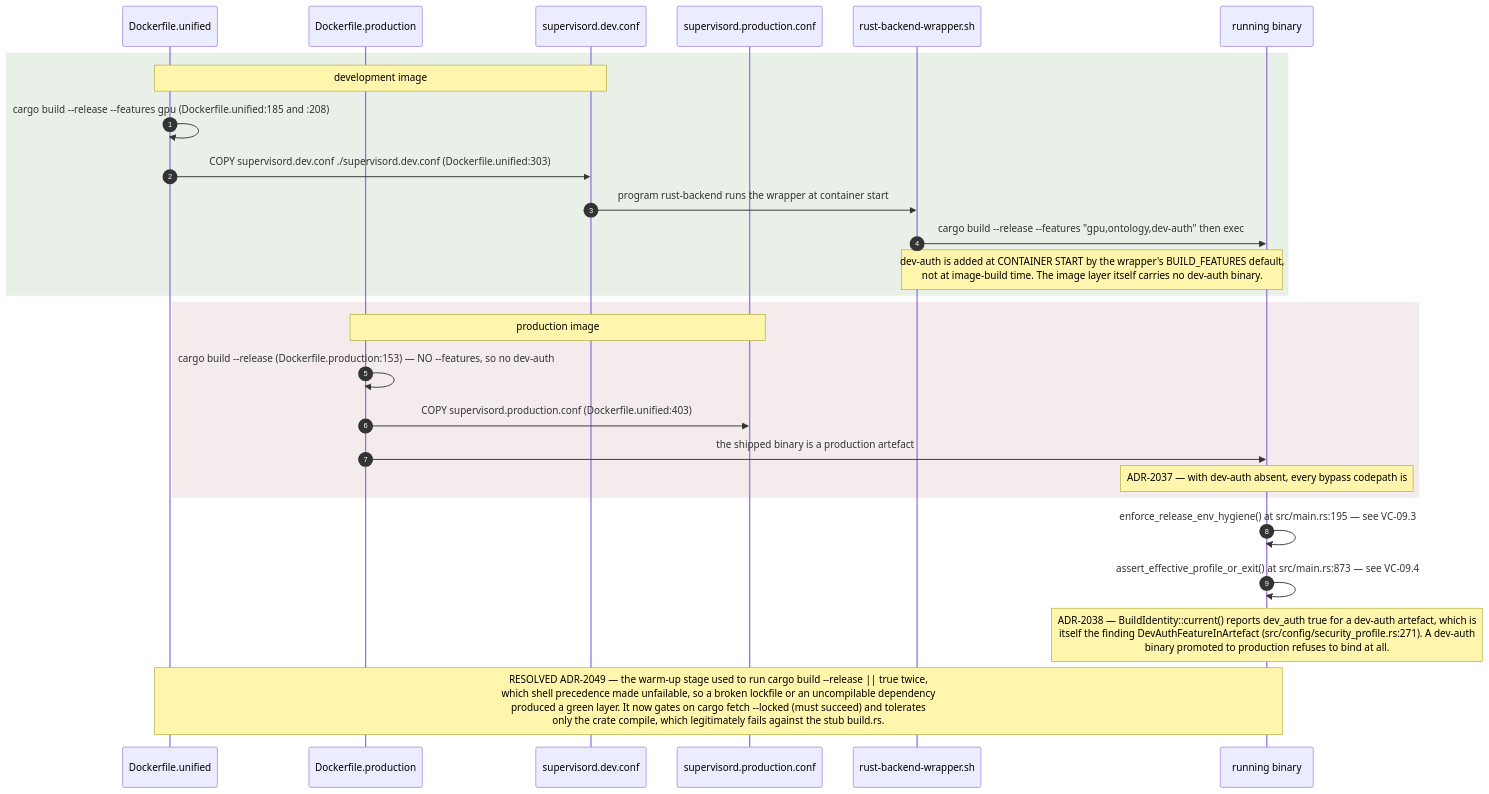
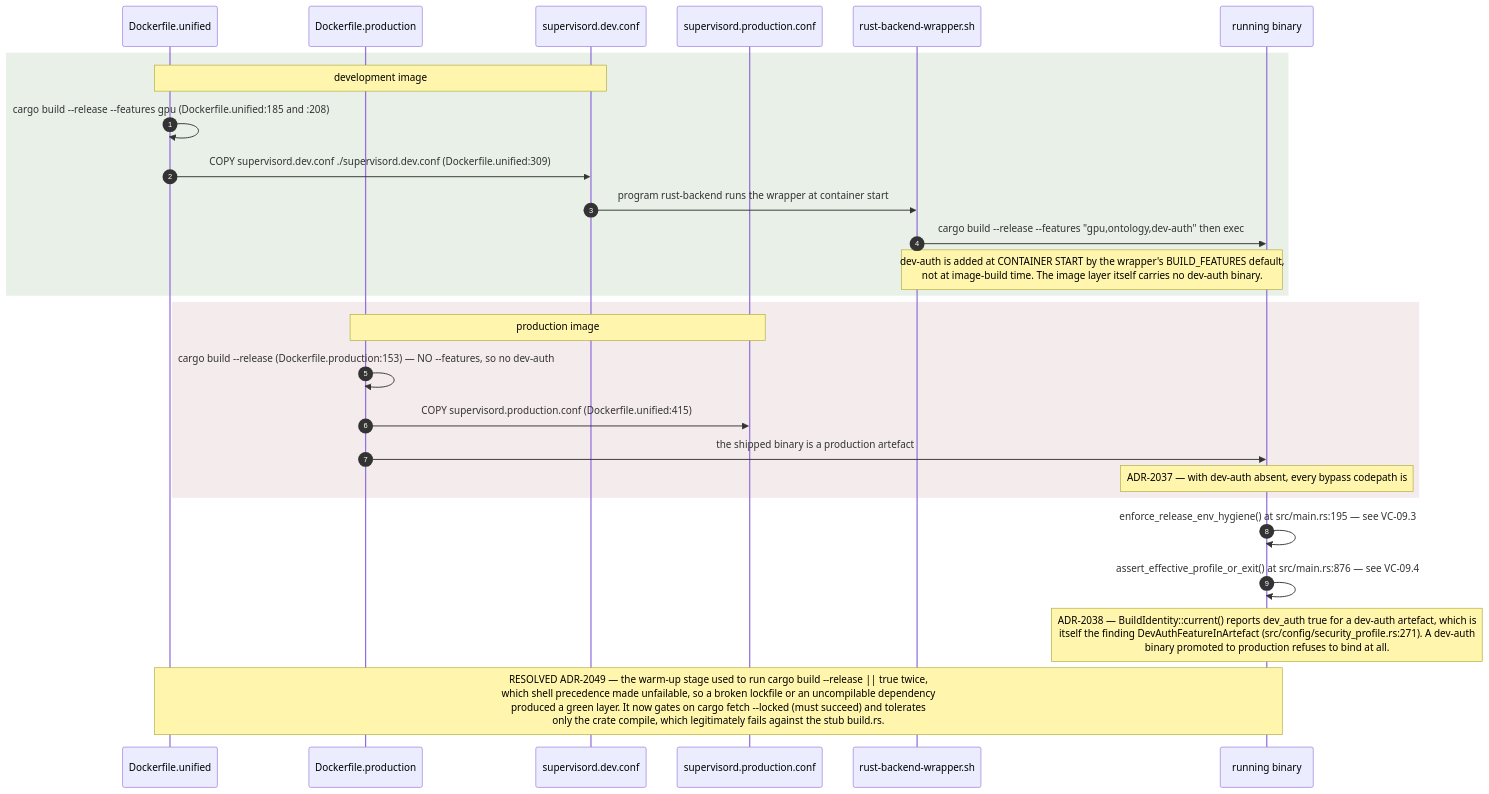
Diagram 11 of 12 in docs/diagrams/visionclaw/08-observability-health-and-dev-loop.md (DreamLab-AI/AR-AI-Knowledge-Graph), drawn with Mermaid before and after one commit. The commit also changed other lines of this file and 73 other files, not shown here.

First line of the commit message:
docs(diagrams): re-verify all 71 topic files against HEAD; add --cite-check

````diff
--- a/docs/diagrams/visionclaw/08-observability-health-and-dev-loop.md
+++ b/docs/diagrams/visionclaw/08-observability-health-and-dev-loop.md
@@ -335,30 +335,30 @@
 ```mermaid
 sequenceDiagram
     autonumber
     participant DU as Dockerfile.unified
     participant DP as Dockerfile.production
     participant SD as supervisord.dev.conf
     participant SP as supervisord.production.conf
     participant WR as rust-backend-wrapper.sh
     participant RT as running binary
 
     rect rgb(232,240,232)
     Note over DU,SD: development image
     DU->>DU: cargo build --release --features gpu (Dockerfile.unified:185 and :208)
-    DU->>SD: COPY supervisord.dev.conf ./supervisord.dev.conf (Dockerfile.unified:303)
+    DU->>SD: COPY supervisord.dev.conf ./supervisord.dev.conf (Dockerfile.unified:309)
     SD->>WR: program rust-backend runs the wrapper at container start
     WR->>RT: cargo build --release --features "gpu,ontology,dev-auth" then exec
     Note over WR,RT: dev-auth is added at CONTAINER START by the wrapper's BUILD_FEATURES default,<br/>not at image-build time. The image layer itself carries no dev-auth binary.
     end
     rect rgb(244,236,236)
     Note over DP,SP: production image
     DP->>DP: cargo build --release (Dockerfile.production:153) — NO --features, so no dev-auth
-    DP->>SP: COPY supervisord.production.conf (Dockerfile.unified:403)
+    DP->>SP: COPY supervisord.production.conf (Dockerfile.unified:415)
     DP->>RT: the shipped binary is a production artefact
     Note over RT: ADR-2037 — with dev-auth absent, every bypass codepath is #[cfg]-stripped.<br/>enforce_release_env_hygiene becomes the real impl (src/main.rs:118) rather than the stub (:169)
     end
     RT->>RT: enforce_release_env_hygiene() at src/main.rs:195 — see VC-09.3
-    RT->>RT: assert_effective_profile_or_exit() at src/main.rs:873 — see VC-09.4
+    RT->>RT: assert_effective_profile_or_exit() at src/main.rs:876 — see VC-09.4
     Note over RT: ADR-2038 — BuildIdentity::current() reports dev_auth true for a dev-auth artefact, which is<br/>itself the finding DevAuthFeatureInArtefact (src/config/security_profile.rs:271). A dev-auth<br/>binary promoted to production refuses to bind at all.
     Note over DU,RT: RESOLVED ADR-2049 — the warm-up stage used to run cargo build --release || true twice,<br/>which shell precedence made unfailable, so a broken lockfile or an uncompilable dependency<br/>produced a green layer. It now gates on cargo fetch --locked (must succeed) and tolerates<br/>only the crate compile, which legitimately fails against the stub build.rs.
 ```
````
